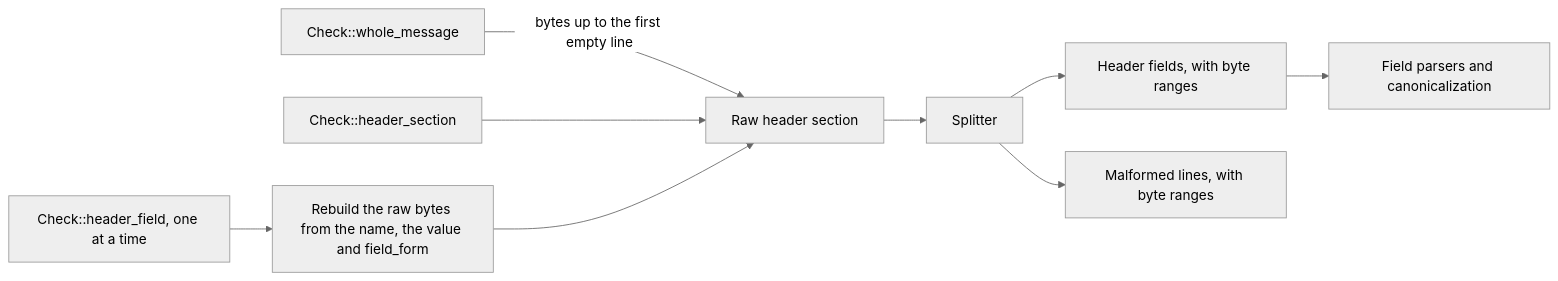
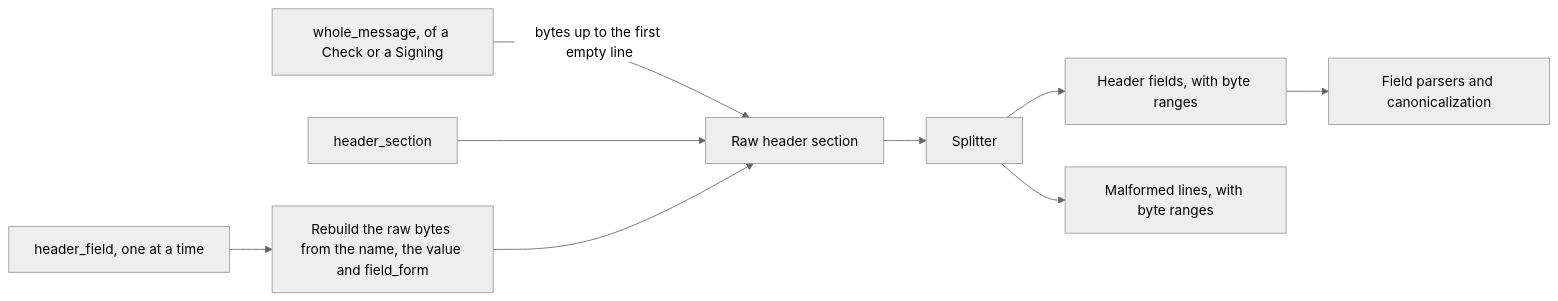
Before and after one commit to photom/hallmark: the first of 3 diagrams in docs/reference/design/header-section.md, drawn with Mermaid (neutral theme). The commit also changed other lines of this file and 45 other files, not shown here.

First line of the commit message:
Fix the review of main: SPF exp= scope, field placement, signing coverage and the caller's side (#20)

````diff
--- a/docs/reference/design/header-section.md
+++ b/docs/reference/design/header-section.md
@@ -18,11 +18,11 @@
 ```mermaid
 flowchart LR
-    whole["Check::whole_message"] -->|"bytes up to the first empty line"| raw["Raw header section"]
-    section["Check::header_section"] --> raw
-    milter["Check::header_field, one at a time"] --> rebuild["Rebuild the raw bytes from the name, the value and field_form"]
+    whole["whole_message, of a Check or a Signing"] -->|"bytes up to the first empty line"| raw["Raw header section"]
+    section["header_section"] --> raw
+    milter["header_field, one at a time"] --> rebuild["Rebuild the raw bytes from the name, the value and field_form"]
     rebuild --> raw
     raw --> split["Splitter"]
     split --> fields["Header fields, with byte ranges"]
     split --> malformed["Malformed lines, with byte ranges"]
     fields --> readers["Field parsers and canonicalization"]
 ```
````
